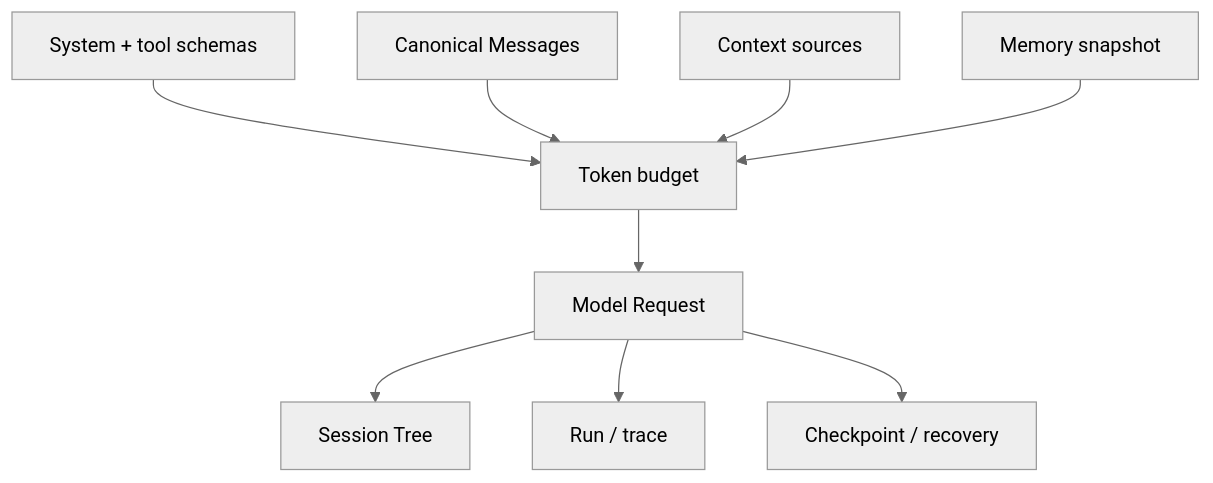
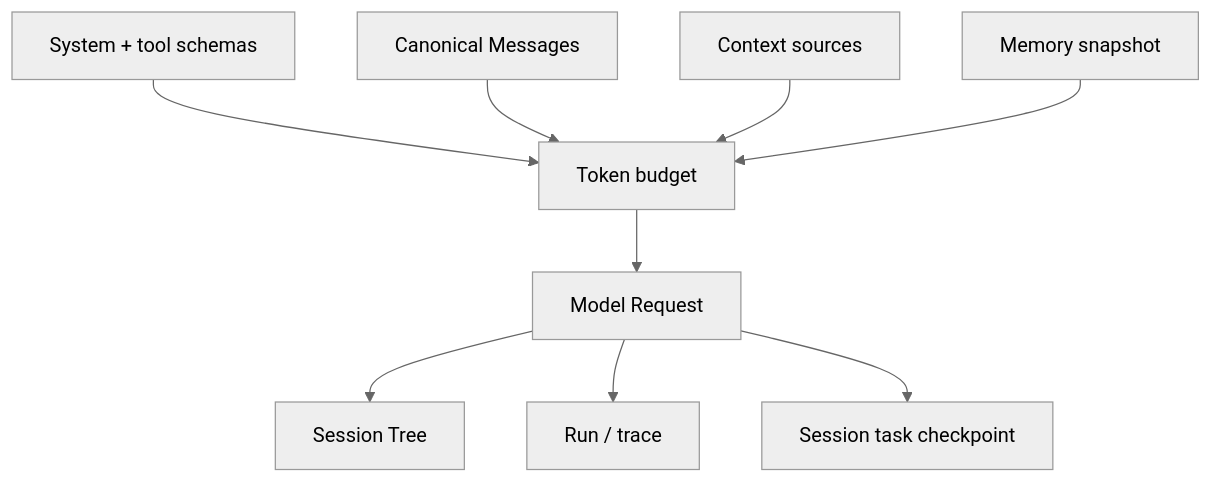
One commit to xiawiie/pony-code changed the fifth of 5 diagrams in docs/architecture.md. Above: the diagram before and after it, drawn with Mermaid (neutral theme). The commit also changed other lines of this file and 78 other files, not shown here.

````diff
--- a/docs/architecture.md
+++ b/docs/architecture.md
@@ -255,11 +250,11 @@
 ```mermaid
 flowchart TB
     SM["System + tool schemas"] --> B["Token budget"]
     CM["Canonical Messages"] --> B
     CS["Context sources"] --> B
     MM["Memory snapshot"] --> B
     B --> MR["Model Request"]
     MR --> SS["Session Tree"]
     MR --> RS["Run / trace"]
-    MR --> CP["Checkpoint / recovery"]
+    MR --> CP["Session task checkpoint"]
 ```
````
